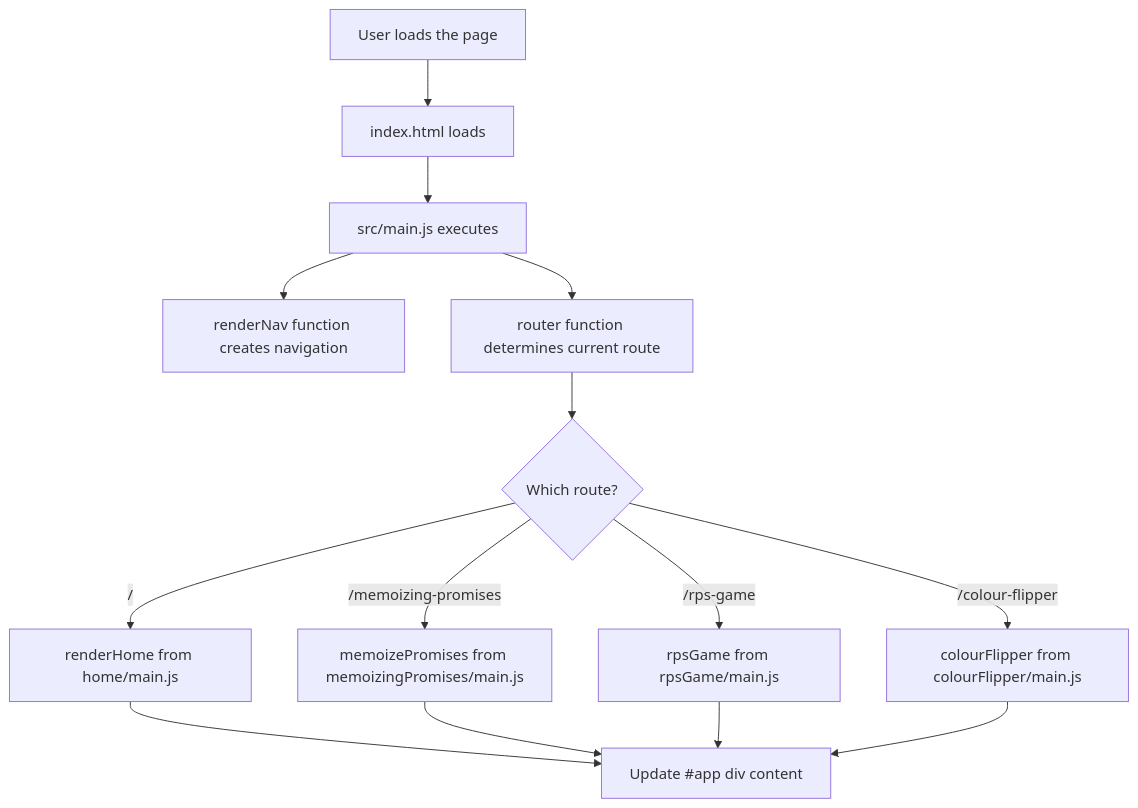
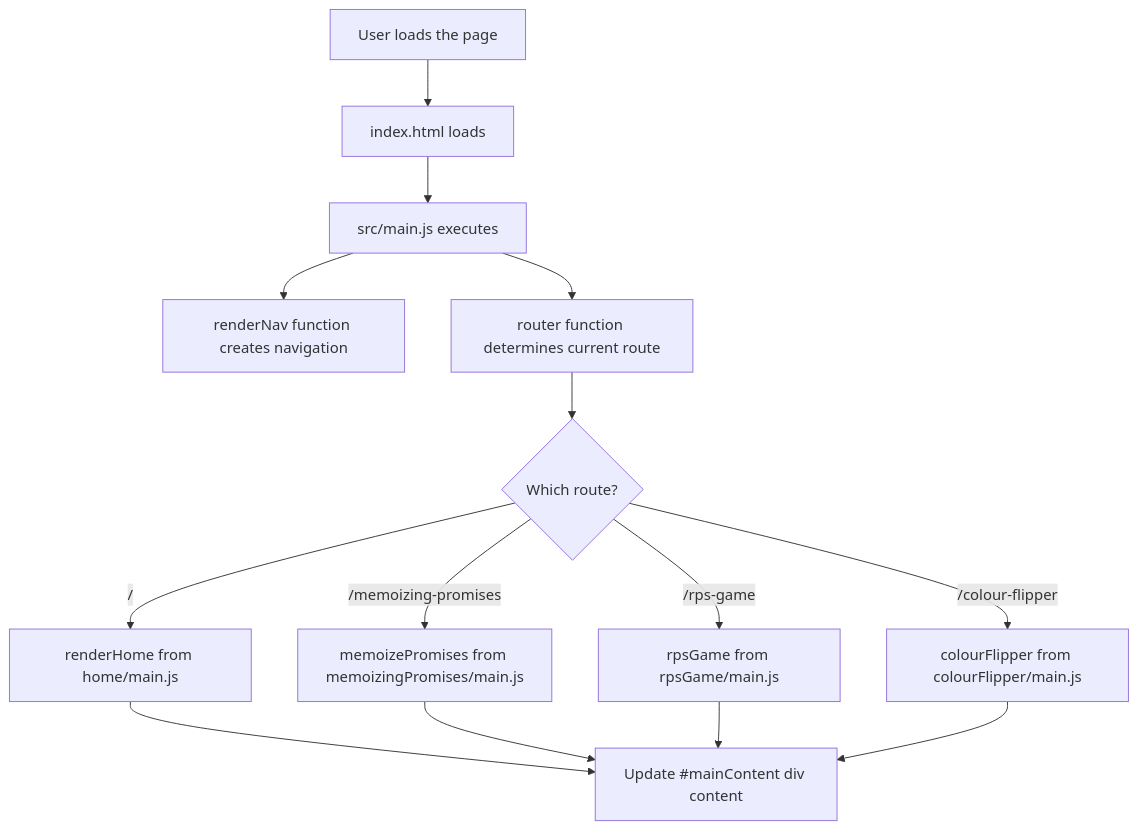
One commit to bhatiakash67/VanillaJS-Projects changed the diagram in projects/README.MD. Above: the diagram before and after it, drawn with Mermaid. The commit also changed 9 other files, not shown here.

````diff
--- a/projects/README.MD
+++ b/projects/README.MD
@@ -5,16 +5,16 @@
 ```mermaid
 graph TD;
     A[User loads the page] --> B[index.html loads]
     B --> C[src/main.js executes]
     C --> D[renderNav function creates navigation]
     C --> E[router function determines current route]
     E --> F{Which route?}
     F -->|"/"| G[renderHome from home/main.js]
     F -->|"/memoizing-promises"| H[memoizePromises from memoizingPromises/main.js]
     F -->|"/rps-game"| I[rpsGame from rpsGame/main.js]
     F -->|"/colour-flipper"| J[colourFlipper from colourFlipper/main.js]
-    G --> K[Update #app div content]
+    G --> K[Update #mainContent div content]
     H --> K
     I --> K
     J --> K
 ```
````
